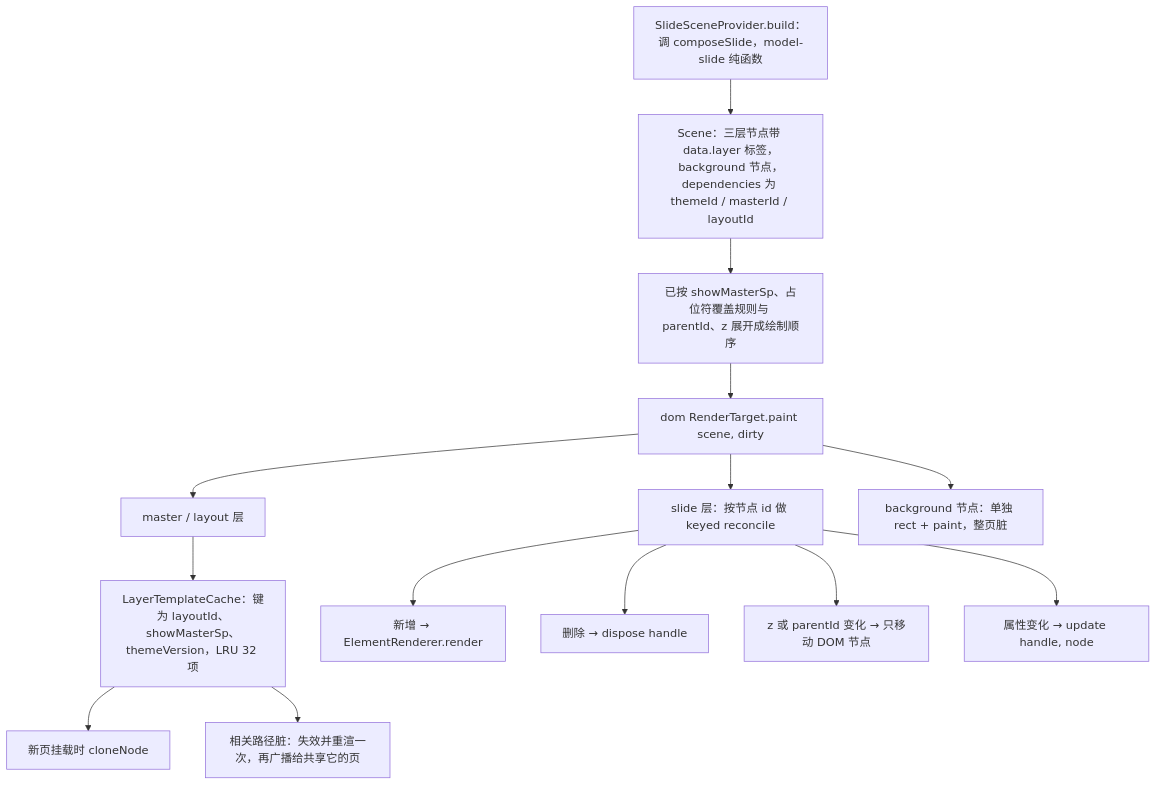
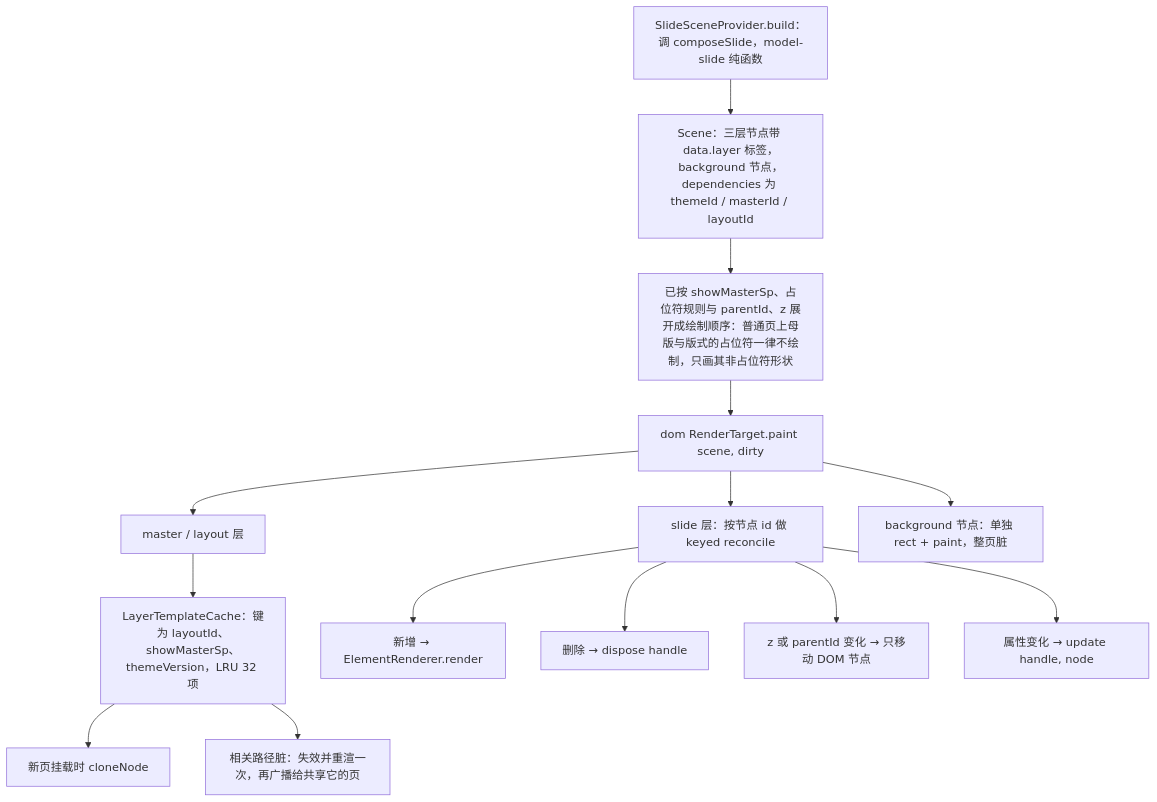
The seventh of 7 diagrams in docs/30-architecture/07-rendering.md (Xeonice/cordis-ppt-editor), drawn with Mermaid before and after one commit. The commit also changed other lines of this file and 79 other files, not shown here.

````diff
--- a/docs/30-architecture/07-rendering.md
+++ b/docs/30-architecture/07-rendering.md
@@ -323,16 +239,16 @@
 ```mermaid
 flowchart TB
   compose["SlideSceneProvider.build：调 composeSlide，model-slide 纯函数"] --> composite["Scene：三层节点带 data.layer 标签，background 节点，dependencies 为 themeId / masterId / layoutId"]
-  composite --> rules["已按 showMasterSp、占位符覆盖规则与 parentId、z 展开成绘制顺序"]
+  composite --> rules["已按 showMasterSp、占位符规则与 parentId、z 展开成绘制顺序：普通页上母版与版式的占位符一律不绘制，只画其非占位符形状"]
   rules --> renderer["dom RenderTarget.paint scene, dirty"]
   renderer --> tplLayers["master / layout 层"]
   renderer --> slideLayer["slide 层：按节点 id 做 keyed reconcile"]
   renderer --> bg["background 节点：单独 rect + paint，整页脏"]
   tplLayers --> tplCache["LayerTemplateCache：键为 layoutId、showMasterSp、themeVersion，LRU 32 项"]
   tplCache --> clone["新页挂载时 cloneNode"]
   tplCache --> invalidate["相关路径脏：失效并重渲一次，再广播给共享它的页"]
   slideLayer --> added["新增 → ElementRenderer.render"]
   slideLayer --> removed["删除 → dispose handle"]
   slideLayer --> moved["z 或 parentId 变化 → 只移动 DOM 节点"]
   slideLayer --> changed["属性变化 → update handle, node"]
 ```
````
